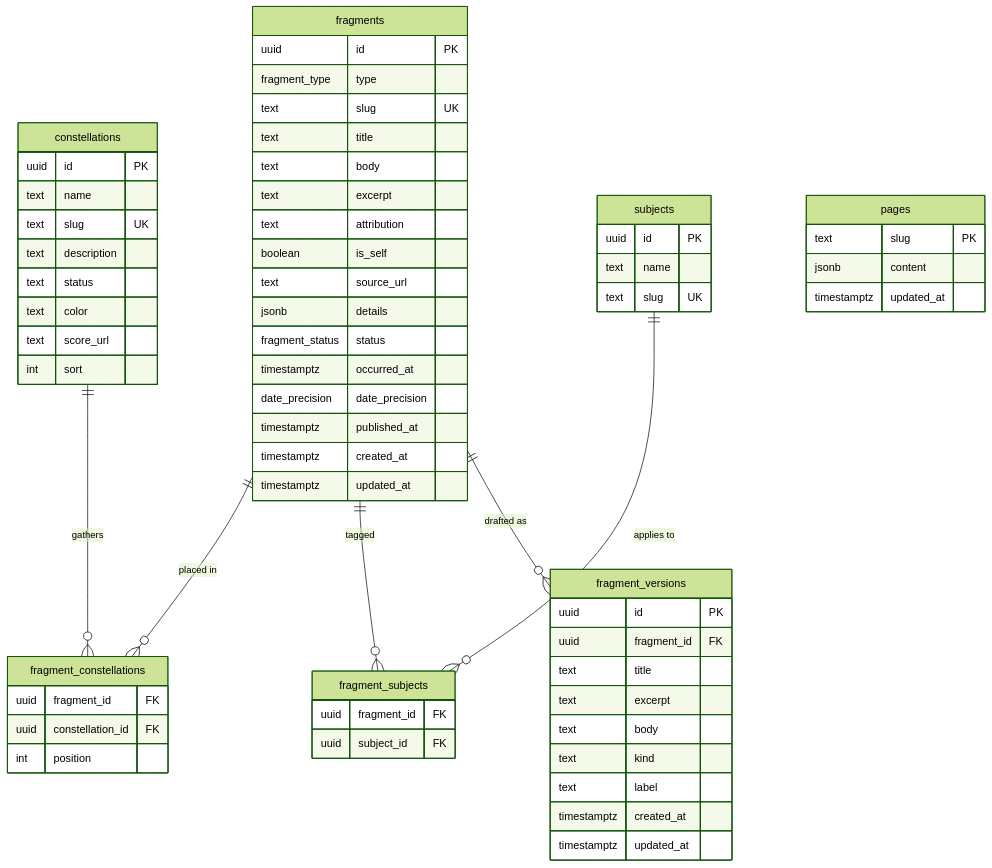
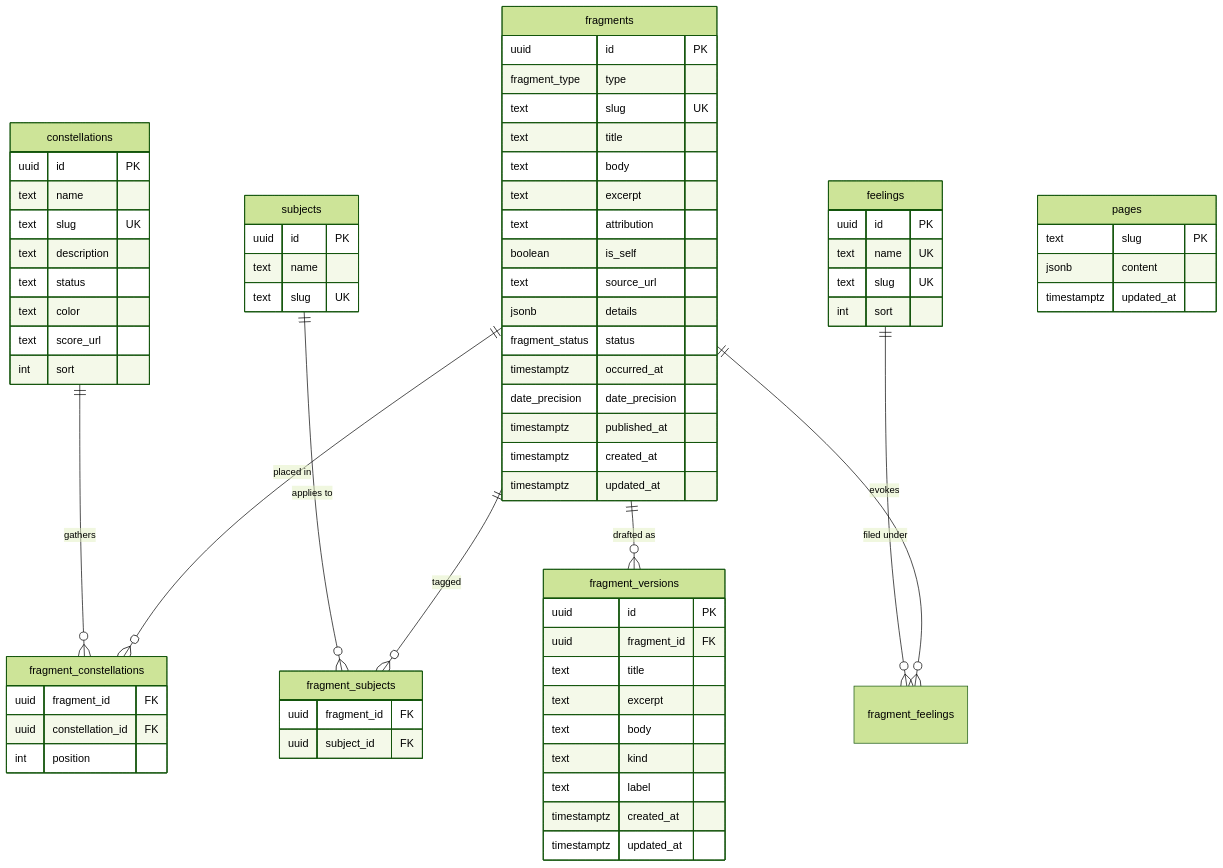
One commit to michaelchen412/it-only-happens-once changed the diagram in docs/data-model.md. Above: the diagram before and after it, drawn with Mermaid (forest theme). The commit also changed other lines of this file and 8 other files, not shown here.

````diff
--- a/docs/data-model.md
+++ b/docs/data-model.md
@@ -18,67 +19,75 @@
 ```mermaid
 erDiagram
   fragments ||--o{ fragment_constellations : "placed in"
   constellations ||--o{ fragment_constellations : "gathers"
   fragments ||--o{ fragment_subjects : "tagged"
   subjects ||--o{ fragment_subjects : "applies to"
+  fragments ||--o{ fragment_feelings : "evokes"
+  feelings ||--o{ fragment_feelings : "filed under"
   fragments ||--o{ fragment_versions : "drafted as"
 
   fragments {
     uuid id PK
     fragment_type type
     text slug UK
     text title
     text body
     text excerpt
     text attribution
     boolean is_self
     text source_url
     jsonb details
     fragment_status status
     timestamptz occurred_at
     date_precision date_precision
     timestamptz published_at
     timestamptz created_at
     timestamptz updated_at
+  }
+  feelings {
+    uuid id PK
+    text name UK
+    text slug UK
+    int sort
   }
   constellations {
     uuid id PK
     text name
     text slug UK
     text description
     text status
     text color
     text score_url
     int sort
   }
   pages {
     text slug PK
     jsonb content
     timestamptz updated_at
   }
   fragment_constellations {
     uuid fragment_id FK
     uuid constellation_id FK
     int position
   }
   subjects {
     uuid id PK
     text name
     text slug UK
   }
   fragment_subjects {
     uuid fragment_id FK
     uuid subject_id FK
   }
   fragment_versions {
     uuid id PK
     uuid fragment_id FK
     text title
     text excerpt
     text body
     text kind
     text label
     timestamptz created_at
     timestamptz updated_at
   }
 ```
````
